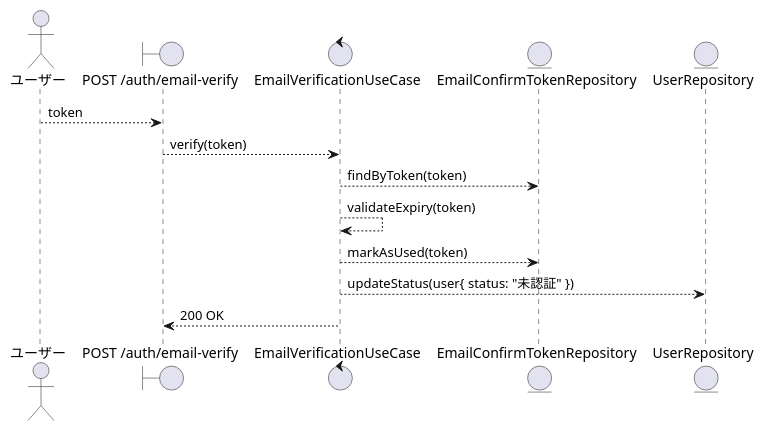
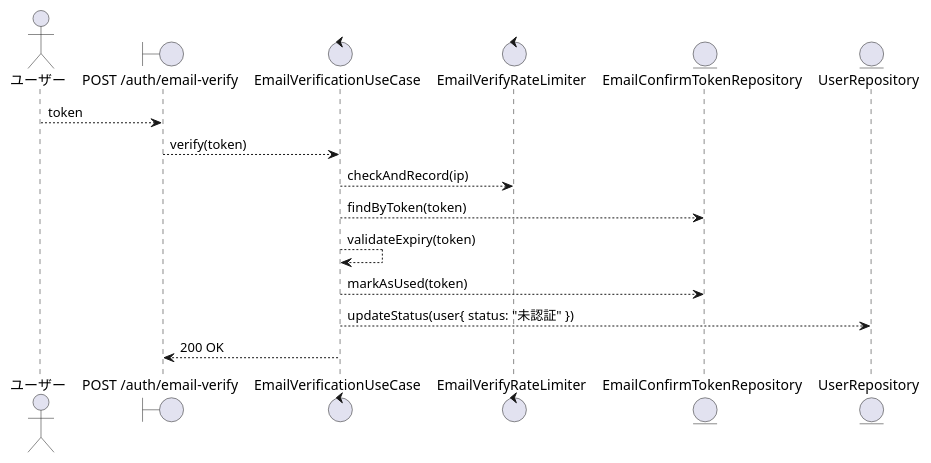
The first of 2 diagrams in .docs/design/buc/BUC-U02.md (suunet/POC_HYDRA_AUTH), drawn with PlantUML before and after one commit. The commit also changed other lines of this file and 4 other files, not shown here.

````diff
--- a/.docs/design/buc/BUC-U02.md
+++ b/.docs/design/buc/BUC-U02.md
@@ -57,25 +64,27 @@
 ```plantuml
 @startuml
 skinparam componentStyle rectangle
 skinparam backgroundColor White
 
 actor "ユーザー" as ユーザー
 
 boundary "POST /auth/email-verify" as 確認API
 control "EmailVerificationUseCase" as ユースケース
+control "EmailVerifyRateLimiter" as レート制限
 entity "EmailConfirmTokenRepository" as 確認トークンRepo
 entity "UserRepository" as ユーザーRepo
 
 ユーザー --> 確認API : token
 
 確認API --> ユースケース : verify(token)
 
+ユースケース --> レート制限 : checkAndRecord(ip)
 ユースケース --> 確認トークンRepo : findByToken(token)
 ユースケース --> ユースケース : validateExpiry(token)
 ユースケース --> 確認トークンRepo : markAsUsed(token)
 ユースケース --> ユーザーRepo : updateStatus(user{ status: "未認証" })
 
 確認API <-- ユースケース : 200 OK
 
 @enduml
 ```
````
